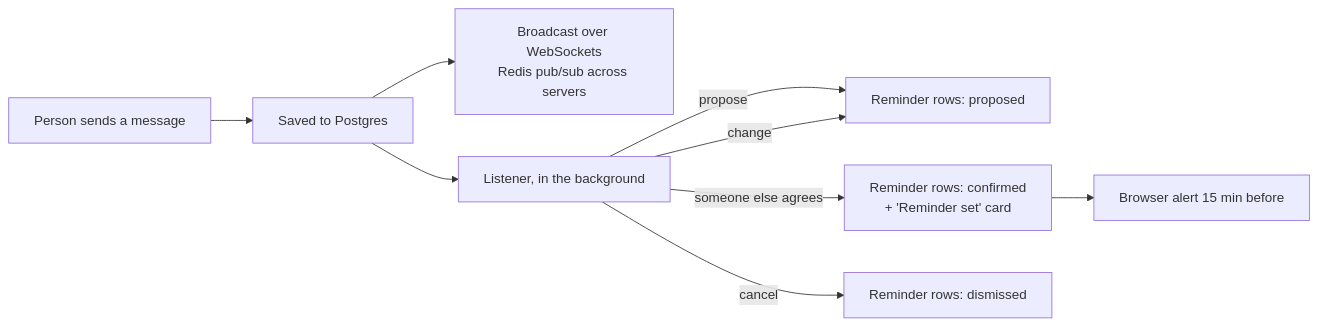
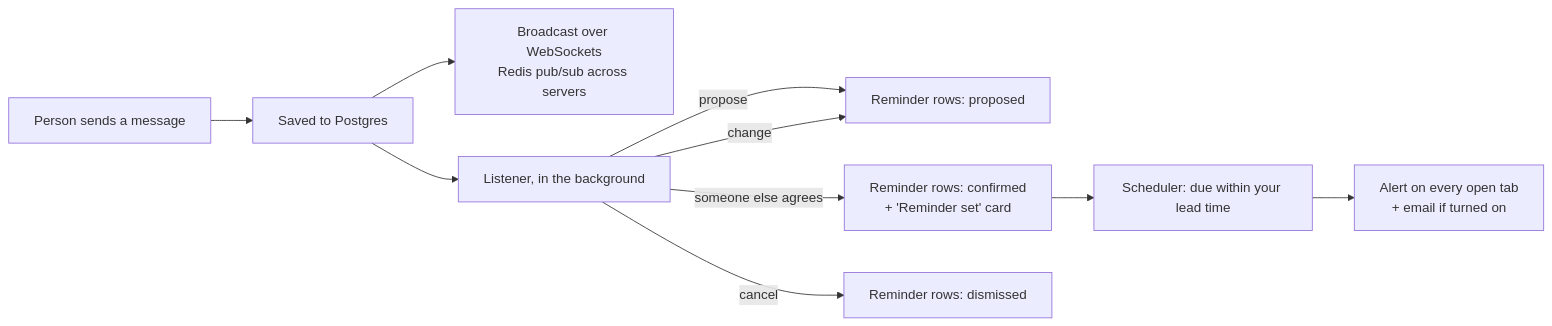
Before and after one commit to tanishqsrivastavaa/UNaFIED: the diagram in README.md, drawn with Mermaid. The commit also changed other lines of this file, not shown here.

Commit message:
Document scheduler and email

````diff
--- a/README.md
+++ b/README.md
@@ -20,11 +20,12 @@
 ```mermaid
 flowchart LR
     A[Person sends a message] --> B[Saved to Postgres]
     B --> C[Broadcast over WebSockets<br/>Redis pub/sub across servers]
     B --> D[Listener, in the background]
     D -->|propose| E[Reminder rows: proposed]
     D -->|someone else agrees| F[Reminder rows: confirmed<br/>+ 'Reminder set' card]
     D -->|change| E
     D -->|cancel| G[Reminder rows: dismissed]
-    F --> H[Browser alert 15 min before]
+    F --> H[Scheduler: due within your lead time]
+    H --> I[Alert on every open tab<br/>+ email if turned on]
 ```
````
